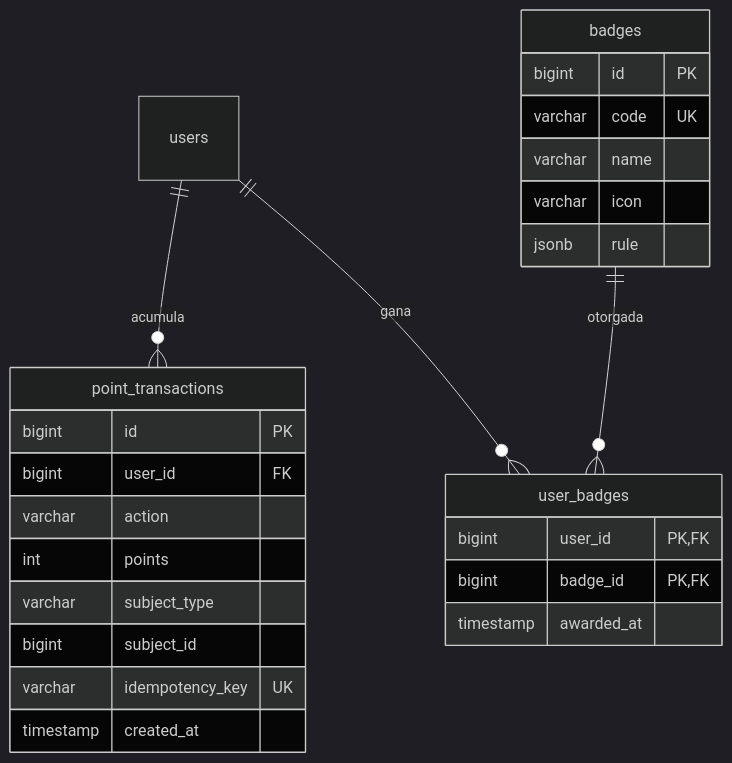
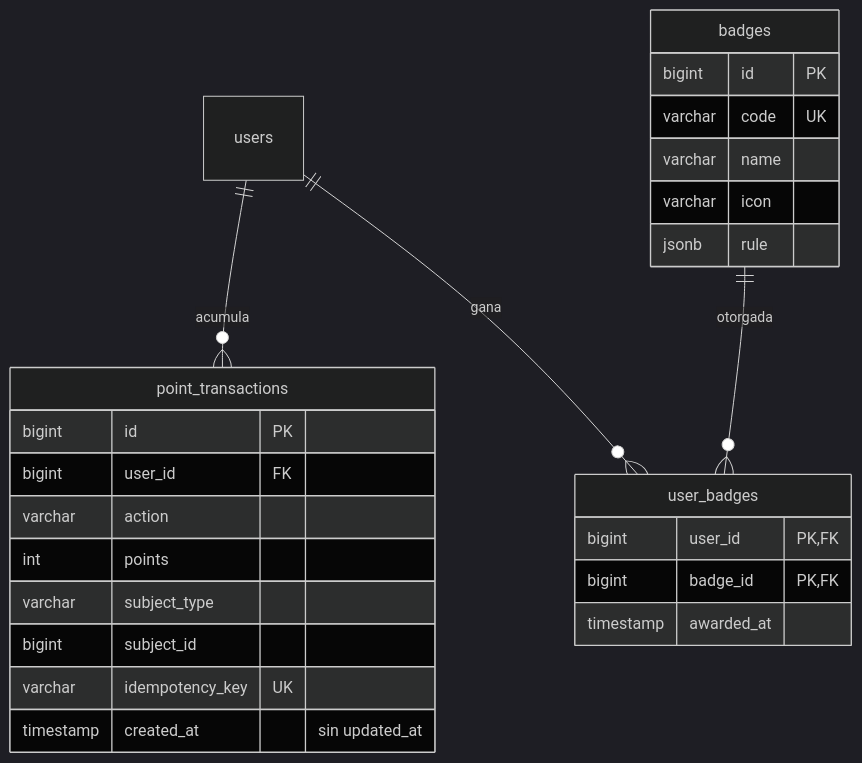
Before and after one commit to zStrikke/zBooks: the third of 5 diagrams in docs/diagramas/06-er.md, drawn with Mermaid (dark theme). The commit also changed other lines of this file and 1 other file, not shown here.

First line of the commit message:
docs: timestamps y borrado lógico por tabla en el ER

````diff
--- a/docs/diagramas/06-er.md
+++ b/docs/diagramas/06-er.md
@@ -127,29 +127,29 @@
 ```mermaid
 erDiagram
     users ||--o{ point_transactions : "acumula"
     users ||--o{ user_badges : "gana"
     badges ||--o{ user_badges : "otorgada"
 
     point_transactions {
         bigint id PK
         bigint user_id FK
         varchar action
         int points
         varchar subject_type
         bigint subject_id
         varchar idempotency_key UK
-        timestamp created_at
+        timestamp created_at "sin updated_at"
     }
     badges {
         bigint id PK
         varchar code UK
         varchar name
         varchar icon
         jsonb rule
     }
     user_badges {
         bigint user_id PK,FK
         bigint badge_id PK,FK
         timestamp awarded_at
     }
 ```
````
